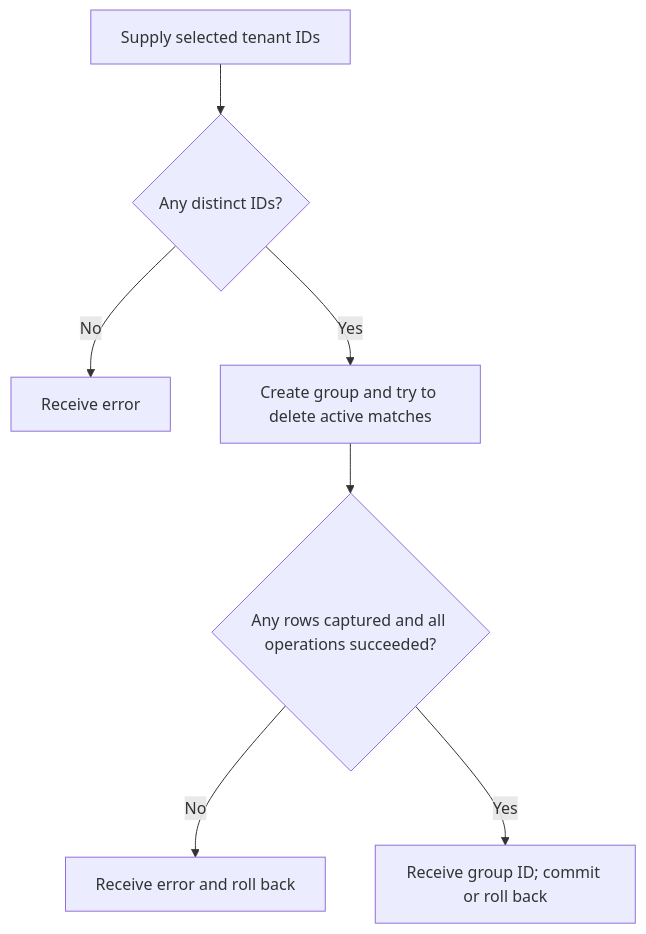
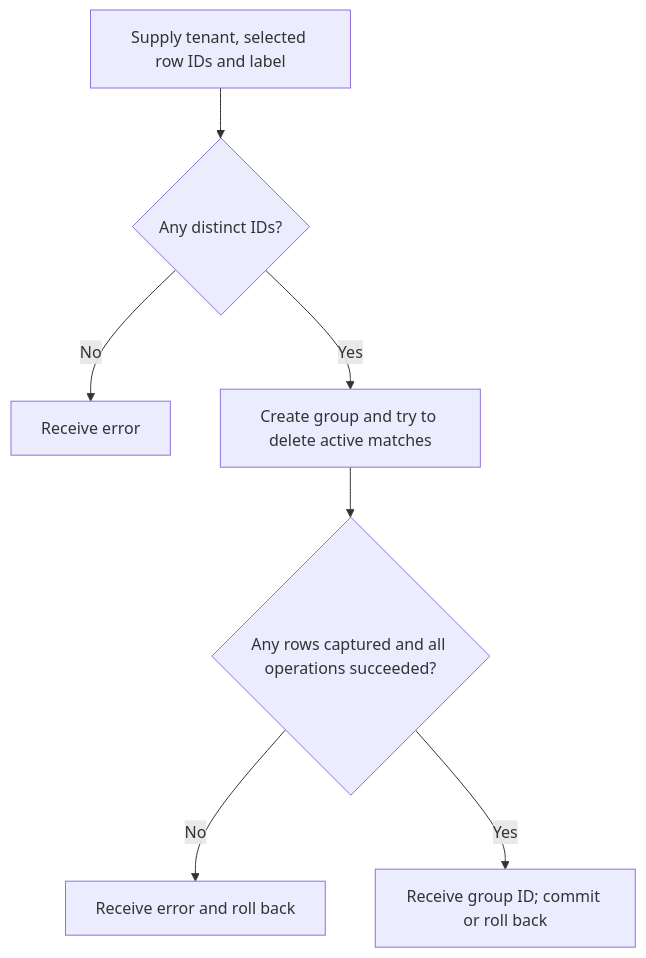
Before and after one commit to Kevinjohn/oss-adonisjs-lucid-soft-delete: the first of 2 diagrams in user-stories/example-apps/us-demo-05-group-recovery.md, drawn with Mermaid. The commit also changed other lines of this file and 18 other files, not shown here.

````diff
--- a/user-stories/example-apps/us-demo-05-group-recovery.md
+++ b/user-stories/example-apps/us-demo-05-group-recovery.md
@@ -22,8 +22,8 @@
 ```mermaid
 flowchart TD
-    A["Supply selected tenant IDs"] --> B{"Any distinct IDs?"}
+    A["Supply tenant, selected row IDs and label"] --> B{"Any distinct IDs?"}
     B -->|No| C["Receive error"]
     B -->|Yes| D["Create group and try to delete active matches"] --> E{"Any rows captured and all operations succeeded?"}
     E -->|No| F["Receive error and roll back"]
     E -->|Yes| G["Receive group ID; commit or roll back"]
 ```
````
